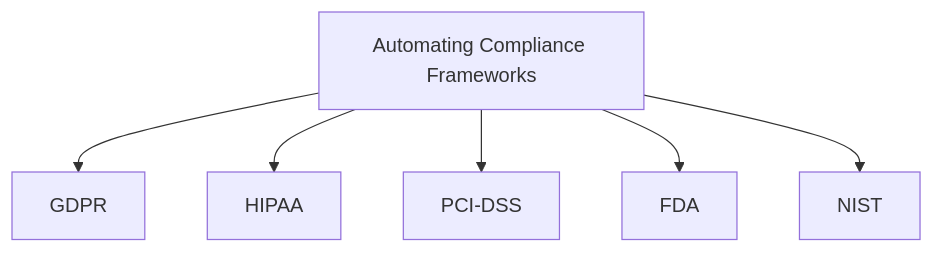
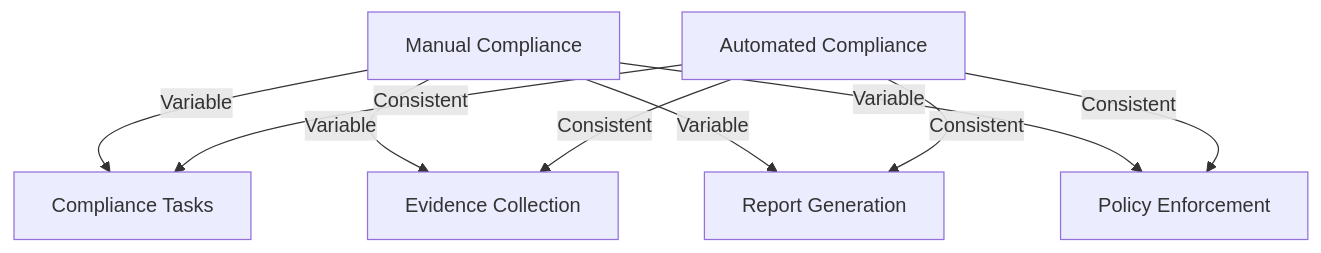
One commit to opsfolio/docs.opsfolio.com changed the first of 2 diagrams in src/content/docs/automating-compliance/introduction/intro.md. Above: the diagram before and after it, drawn with Mermaid. The commit also changed other lines of this file and 8 other files, not shown here.

````diff
--- a/src/content/docs/automating-compliance/introduction/intro.md
+++ b/src/content/docs/automating-compliance/introduction/intro.md
@@ -26,8 +31,11 @@
 ```mermaid
 graph TD;
-    A[Automating Compliance Frameworks] --> B[GDPR]
-    A --> C[HIPAA]
-    A --> D[PCI-DSS]
-    A --> E[FDA]
-    A --> F[NIST]
+    A[Manual Compliance] -->|Variable| B[Compliance Tasks];
+    A -->|Variable| C[Evidence Collection];
+    A -->|Variable| D[Report Generation];
+    A -->|Variable| E[Policy Enforcement];
+    F[Automated Compliance] -->|Consistent| B;
+    F -->|Consistent| C;
+    F -->|Consistent| D;
+    F -->|Consistent| E;
 ```
````
